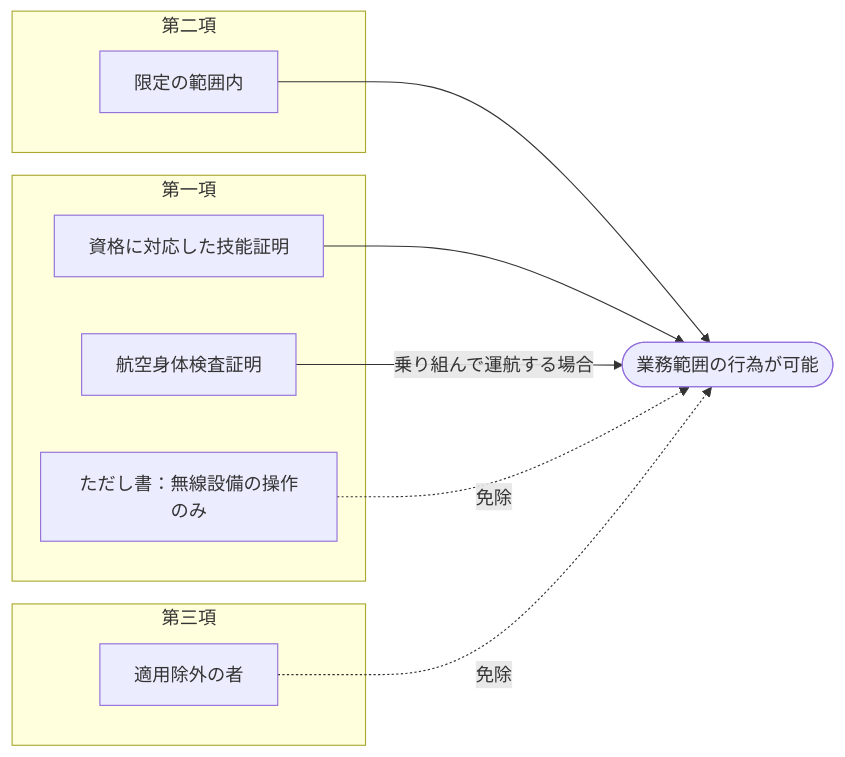
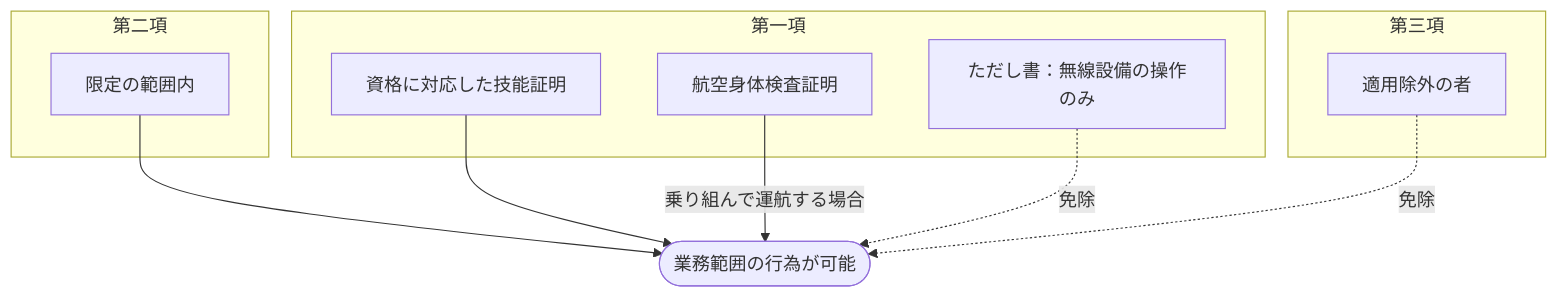
One commit to yonemotoBB/pil changed diagram 14 of 28 in chapters/04_第四章.md. Above: the diagram before and after it, drawn with Mermaid. The commit also changed other lines of this file, not shown here.

Commit message:
マーカー付き条の図を方針準拠で見直し(22条:申請書をクラス図継承形/26条:施行規則43・44条補完/28条:TD化・キャプション整理)

````diff
--- a/chapters/04_第四章.md
+++ b/chapters/04_第四章.md
@@ -426,21 +497,21 @@
 ```mermaid
-flowchart LR
+flowchart TD
     subgraph 第一項
         K["資格に対応した技能証明"]
         M["航空身体検査証明"]
         EX1["ただし書：無線設備の操作のみ"]
     end
 
     subgraph 第二項
         G["限定の範囲内"]
     end
 
     subgraph 第三項
         EX2["適用除外の者"]
     end
 
     K & G --> P(["業務範囲の行為が可能"])
     M -- 乗り組んで運航する場合 --> P
     EX1 -. 免除 .-> P
     EX2 -. 免除 .-> P
 ```
````
